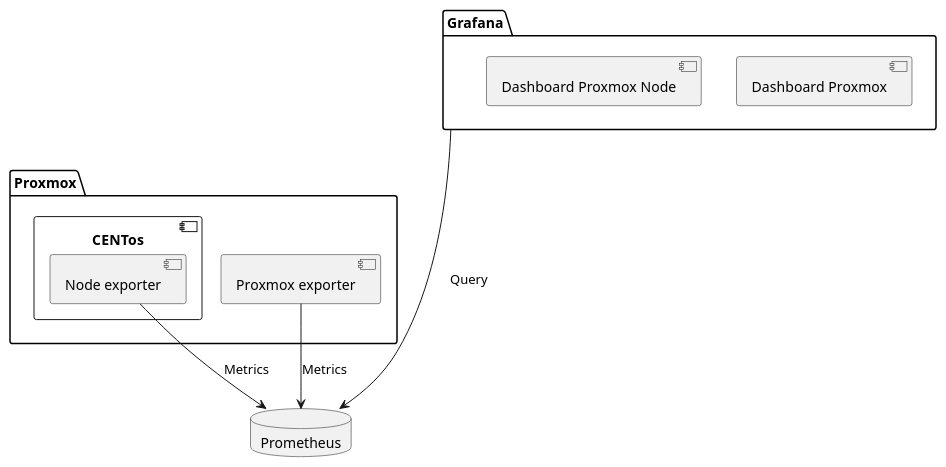
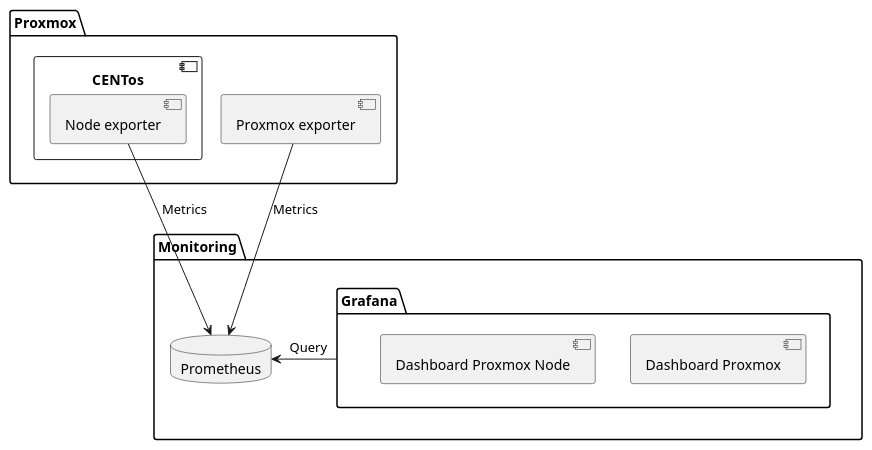
The diagram in rapport/diagramms/components_monitoring.plantuml (StevenSermeus/vsloader), drawn with PlantUML before and after one commit. The commit also changed 68 other files, not shown here.

```diff
--- a/rapport/diagramms/components_monitoring.plantuml
+++ b/rapport/diagramms/components_monitoring.plantuml
@@ -1,23 +1,26 @@
 @startuml "Solution"
 
 package Proxmox{
   [Proxmox exporter] as exporterPVE
   component CENTos{
     [Node exporter] as exporter
   }
 }
 
-database Prometheus{
 
-}
 
+package Monitoring{
 package Grafana{
   [Dashboard Proxmox]
   [Dashboard Proxmox Node]
 }
+database Prometheus{
 
-Grafana ---> Prometheus : Query
+}
+}
+
+Grafana -> Prometheus : Query
 exporterPVE --> Prometheus : Metrics
 exporter -> Prometheus : Metrics
 
 @enduml
```
